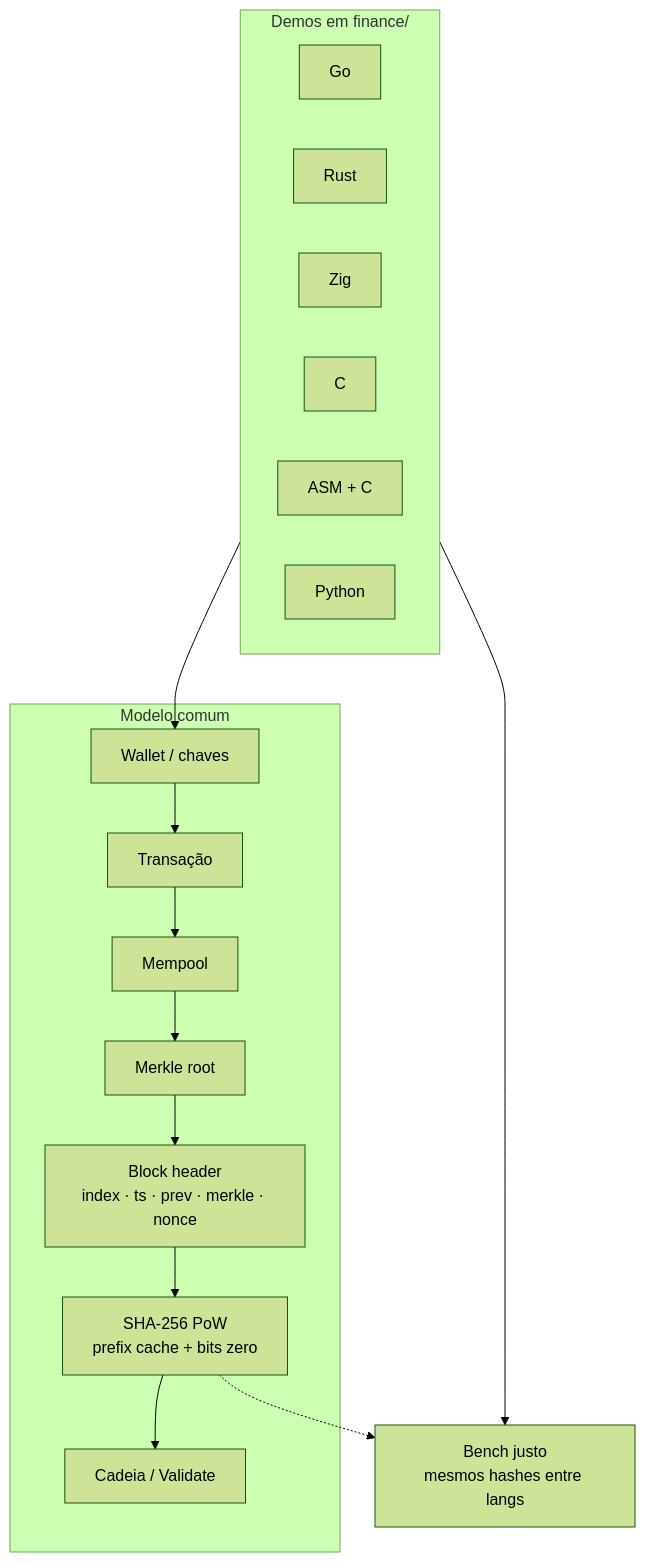
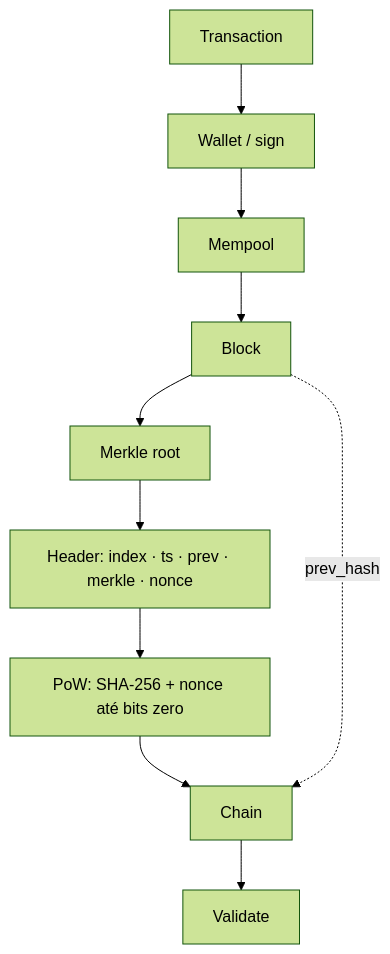
The first of 2 diagrams in README.md (nobrega-tech/blockchain-demos), drawn with Mermaid (forest theme) before and after one commit. The commit also changed other lines of this file, not shown here.

Commit message:
Rewrite README architecture Mermaid as classic chain flow
Clear TD flow: tx → wallet → mempool → block → merkle → header →
PoW → chain → validate; languages listed separately under finance/.

````diff
--- a/README.md
+++ b/README.md
@@ -23,33 +23,22 @@
 ```mermaid
-flowchart TB
-  subgraph demos["Demos em finance/"]
-    GO[Go]
-    RS[Rust]
-    ZG[Zig]
-    C[C]
-    ASM[ASM + C]
-    PY[Python]
-  end
+flowchart TD
+  TX[Transaction]
+  W[Wallet / sign]
+  MP[Mempool]
+  BL[Block]
+  MR[Merkle root]
+  HD[Header: index · ts · prev · merkle · nonce]
+  POW[PoW: SHA-256 + nonce até bits zero]
+  CH[Chain]
+  VA[Validate]
 
-  subgraph core["Modelo comum"]
-    W[Wallet / chaves]
-    TX[Transação]
-    MP[Mempool]
-    MR[Merkle root]
-    BH["Block header<br/>index · ts · prev · merkle · nonce"]
-    POW["SHA-256 PoW<br/>prefix cache + bits zero"]
-    CH[Cadeia / Validate]
-  end
-
-  demos --> W
-  W --> TX
-  TX --> MP
-  MP --> MR
-  MR --> BH
-  BH --> POW
+  TX --> W
+  W --> MP
+  MP --> BL
+  BL --> MR
+  MR --> HD
+  HD --> POW
   POW --> CH
-
-  BENCH["Bench justo<br/>mesmos hashes entre langs"]
-  demos --> BENCH
-  POW -.-> BENCH
+  CH --> VA
+  BL -.->|prev_hash| CH
 ```
````
